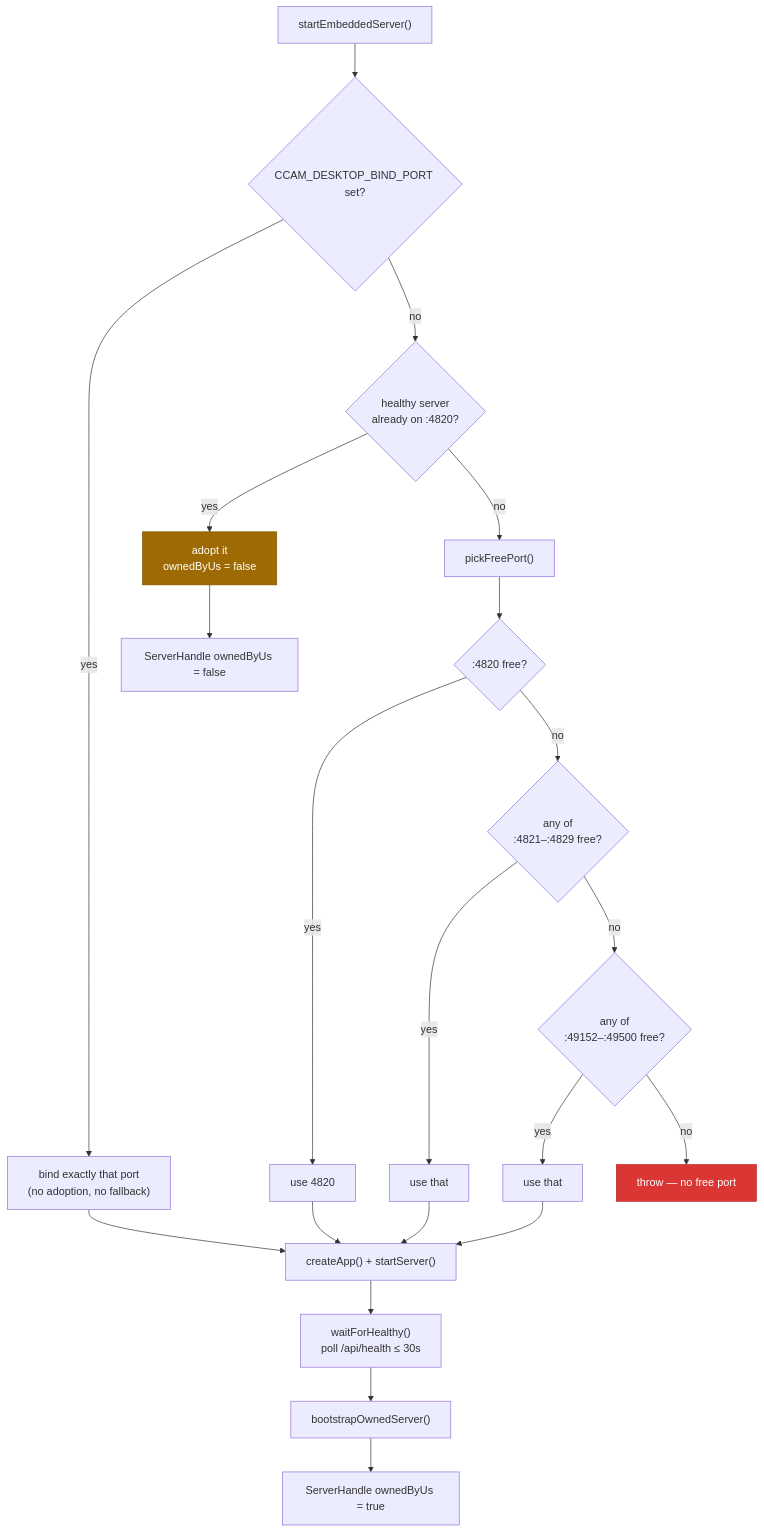
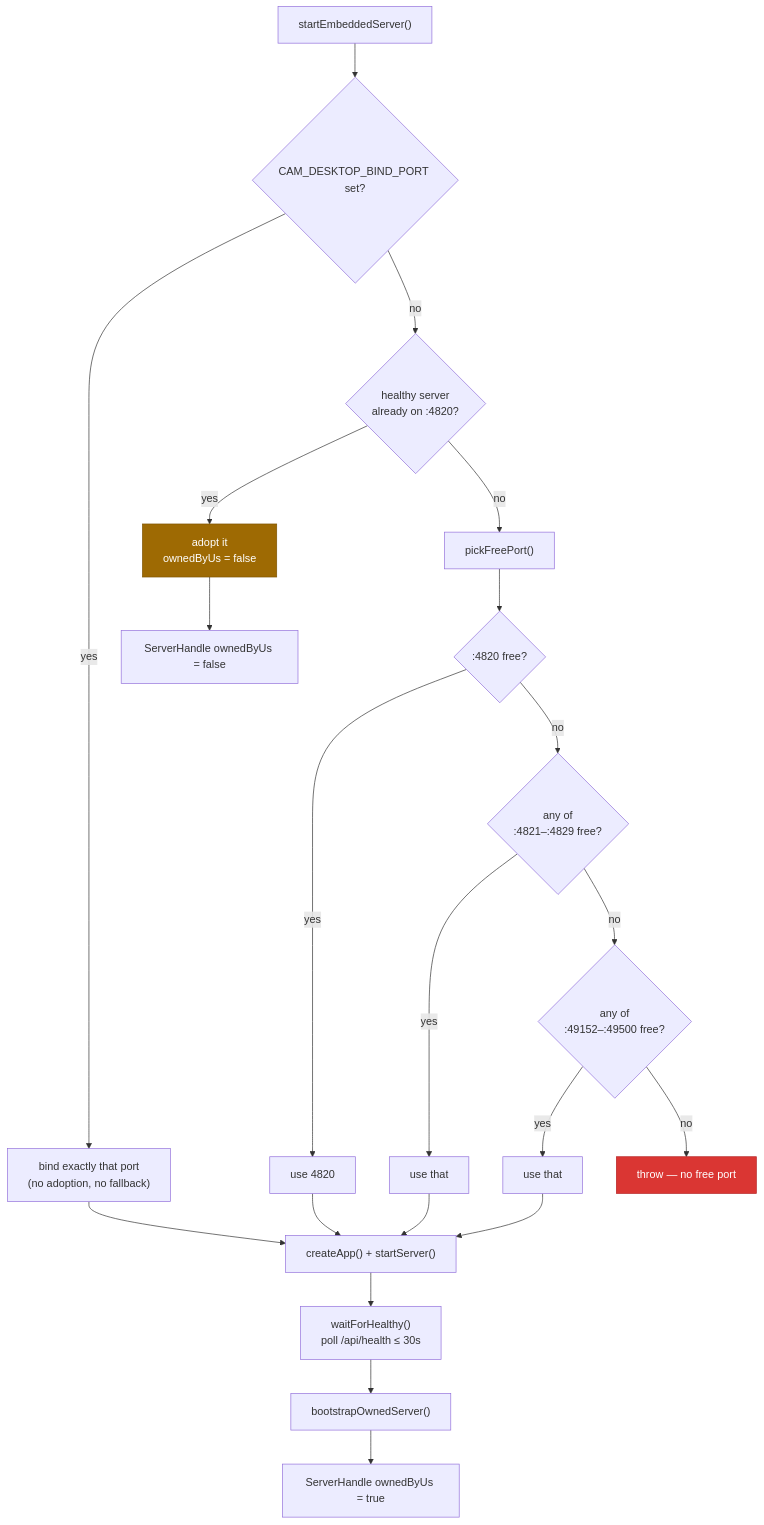
Before and after one commit to buluma/Code-Agent-Monitor: the fourth of 14 diagrams in desktop/README.md, drawn with Mermaid. The commit also changed other lines of this file and 500 other files, not shown here.

First line of the commit message:
refactor!: rename CCAM to CAM across all surfaces (#20)

````diff
--- a/desktop/README.md
+++ b/desktop/README.md
@@ -211,28 +211,28 @@
 ```mermaid
 flowchart TD
-    start["startEmbeddedServer()"] --> forced{"CCAM_DESKTOP_BIND_PORT set?"}
+    start["startEmbeddedServer()"] --> forced{"CAM_DESKTOP_BIND_PORT set?"}
     forced -->|yes| bind["bind exactly that port<br/>(no adoption, no fallback)"]
     forced -->|no| adopt{"healthy server<br/>already on :4820?"}
     adopt -->|yes| reuse["adopt it<br/>ownedByUs = false"]
     adopt -->|no| pick["pickFreePort()"]
 
     pick --> p1{":4820 free?"}
     p1 -->|yes| use4820["use 4820"]
     p1 -->|no| p2{"any of<br/>:4821–:4829 free?"}
     p2 -->|yes| usefb["use that"]
     p2 -->|no| p3{"any of<br/>:49152–:49500 free?"}
     p3 -->|yes| userand["use that"]
     p3 -->|no| fail["throw — no free port"]
 
     bind --> boot["createApp() + startServer()"]
     use4820 --> boot
     usefb --> boot
     userand --> boot
     boot --> healthy["waitForHealthy()<br/>poll /api/health ≤ 30s"]
     healthy --> bg["bootstrapOwnedServer()"]
     bg --> handle["ServerHandle ownedByUs = true"]
     reuse --> handleR["ServerHandle ownedByUs = false"]
 
     style reuse fill:#9e6a03,stroke:#7d5300,color:#fff
     style fail fill:#da3633,stroke:#b62324,color:#fff
 ```
````
